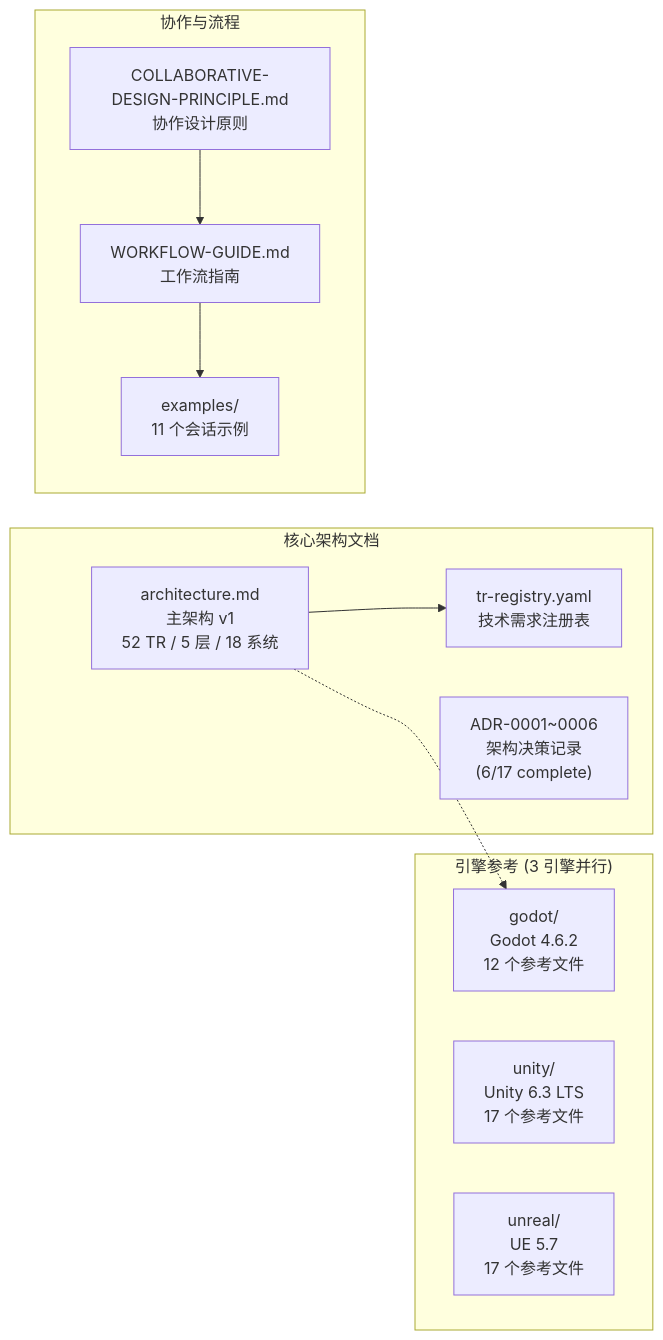
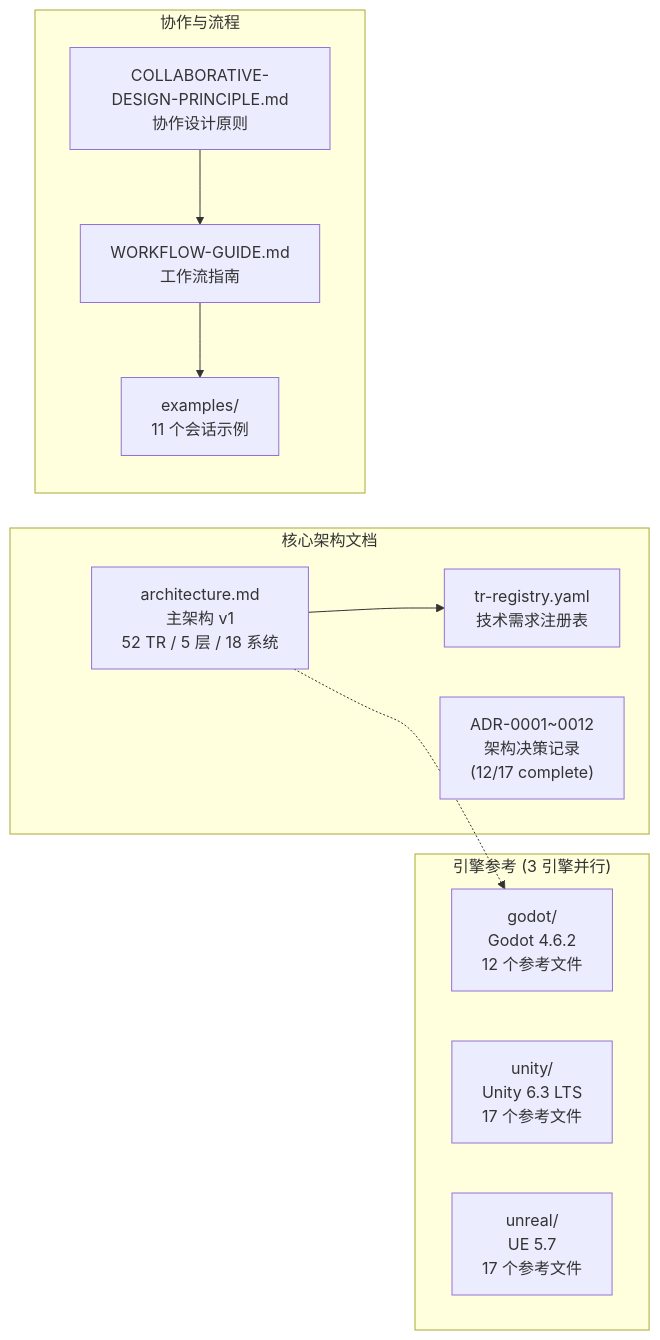
The fifth of 9 diagrams in docs/document-index.md (lieinsay/Claude-Code-Game-Studios), drawn with Mermaid before and after one commit. The commit also changed other lines of this file and 8 other files, not shown here.

First line of the commit message:
创建 Core ADR-0007~0012 — IntelManager, Chart, Module/Hull, EncounterContext, WorldRepair, UIManager

````diff
--- a/docs/document-index.md
+++ b/docs/document-index.md
@@ -226,25 +344,25 @@
 ```mermaid
 graph LR
     subgraph 核心架构["核心架构文档"]
         MA["architecture.md<br/>主架构 v1<br/>52 TR / 5 层 / 18 系统"]
-        TR["tr-registry.yaml<br/>技术需求注册表"]
-        ADR["ADR-0001~0006<br/>架构决策记录<br/>(6/17 complete)"]
+        TR2["tr-registry.yaml<br/>技术需求注册表"]
+        ADR["ADR-0001~0012<br/>架构决策记录<br/>(12/17 complete)"]
     end
 
     subgraph 引擎参考["引擎参考 (3 引擎并行)"]
         GODOT["godot/<br/>Godot 4.6.2<br/>12 个参考文件"]
         UNITY["unity/<br/>Unity 6.3 LTS<br/>17 个参考文件"]
         UNREAL["unreal/<br/>UE 5.7<br/>17 个参考文件"]
     end
 
     subgraph 协作规范["协作与流程"]
         CP["COLLABORATIVE-DESIGN-PRINCIPLE.md<br/>协作设计原则"]
         WG["WORKFLOW-GUIDE.md<br/>工作流指南"]
         EX["examples/<br/>11 个会话示例"]
     end
 
-    MA --> TR
+    MA --> TR2
     MA -.-> GODOT
     CP --> WG
     WG --> EX
 ```
````
